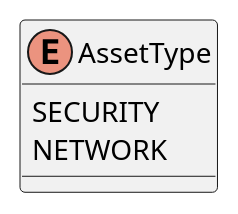
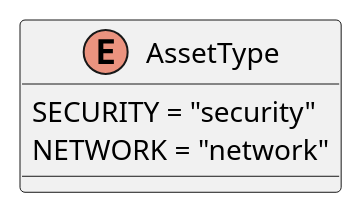
Before and after one commit to GroupRubberDuck/Documentazione: the diagram in src/PB/DocumentazioneEsterna/Specifica_Tecnica/content/uml/puml/Diagrammi_classi/Backend/Domain/AssetType.puml, drawn with PlantUML. The commit also changed 24 other files, not shown here.

```diff
--- a/src/PB/DocumentazioneEsterna/Specifica_Tecnica/content/uml/puml/Diagrammi_classi/Backend/Domain/AssetType.puml
+++ b/src/PB/DocumentazioneEsterna/Specifica_Tecnica/content/uml/puml/Diagrammi_classi/Backend/Domain/AssetType.puml
@@ -1,10 +1,8 @@
 @startuml AssetType
-skinparam linetype ortho
-skinparam classAttributeIconSize 0
 
 enum AssetType {
-    SECURITY
-    NETWORK
+    SECURITY = "security"
+    NETWORK = "network"
 }
 
 @enduml
```
